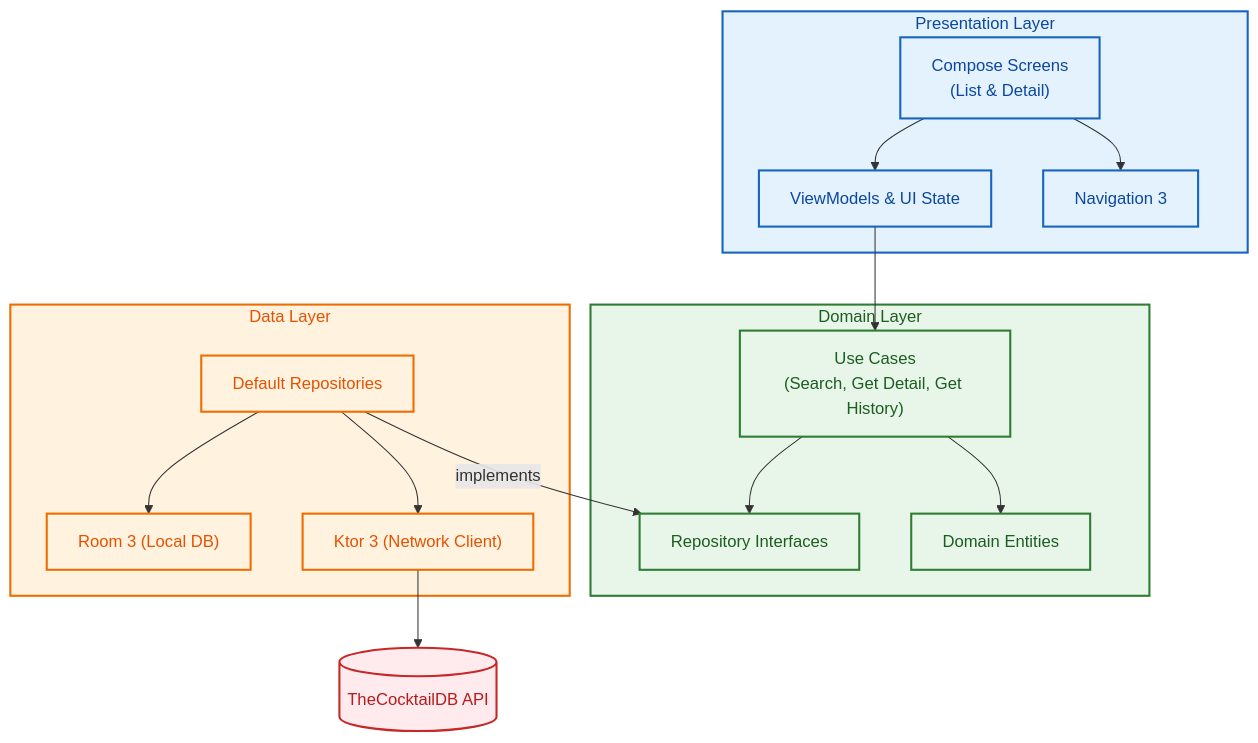
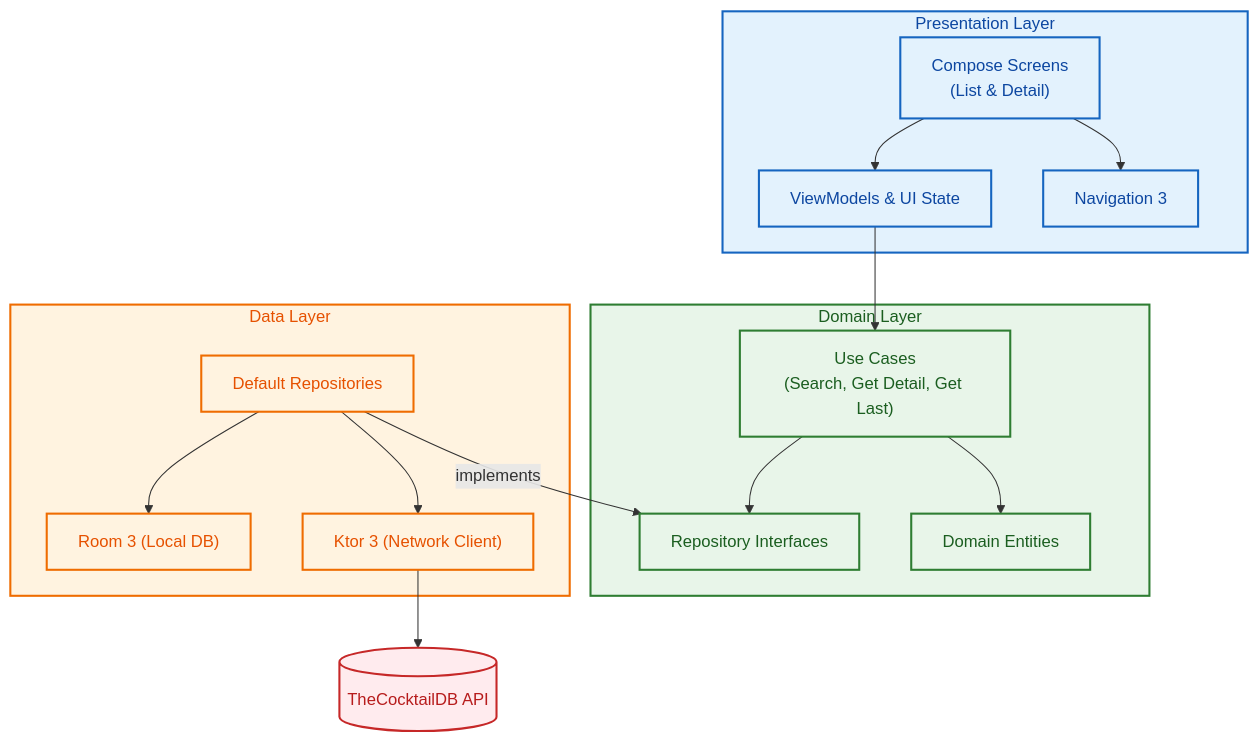
One commit to Riccardo-Gennari/cocktail-app changed the diagram in README.md. Above: the diagram before and after it, drawn with Mermaid. The commit also changed other lines of this file and 4 other files, not shown here.

````diff
--- a/README.md
+++ b/README.md
@@ -21,44 +21,44 @@
 ```mermaid
 graph TD
     subgraph UI["Presentation Layer"]
         Screens["Compose Screens<br/>(List & Detail)"]
         VMs["ViewModels & UI State"]
         Nav["Navigation 3"]
     end
 
     subgraph Domain["Domain Layer"]
-        UseCases["Use Cases<br/>(Search, Get Detail, Get History)"]
+        UseCases["Use Cases<br/>(Search, Get Detail, Get Last)"]
         RepoInterfaces["Repository Interfaces"]
         Entities["Domain Entities"]
     end
 
     subgraph Data["Data Layer"]
         Repos["Default Repositories"]
         Room["Room 3 (Local DB)"]
         Ktor["Ktor 3 (Network Client)"]
     end
 
     API[("TheCocktailDB API")]
 
     %% Relationships
     Screens --> VMs
     Screens --> Nav
     VMs --> UseCases
     UseCases --> RepoInterfaces
     UseCases --> Entities
     Repos -->|"implements"| RepoInterfaces
     Repos --> Room
     Repos --> Ktor
     Ktor --> API
 
     %% Styling
     classDef presStyle fill:#e3f2fd,stroke:#1565c0,stroke-width:2px,color:#0d47a1
     classDef domainStyle fill:#e8f5e9,stroke:#2e7d32,stroke-width:2px,color:#1b5e20
     classDef dataStyle fill:#fff3e0,stroke:#ef6c00,stroke-width:2px,color:#e65100
     classDef extStyle fill:#ffebee,stroke:#c62828,stroke-width:2px,color:#b71c1c
 
     class UI,Screens,VMs,Nav presStyle
     class Domain,UseCases,RepoInterfaces,Entities domainStyle
     class Data,Repos,Room,Ktor dataStyle
     class API extStyle
 ```
````
